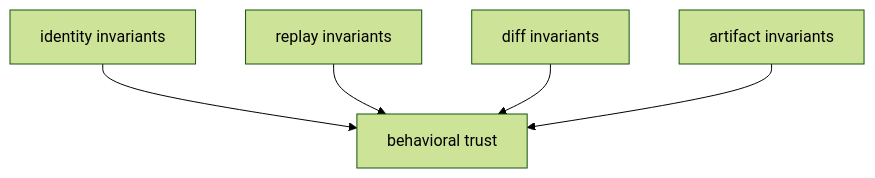
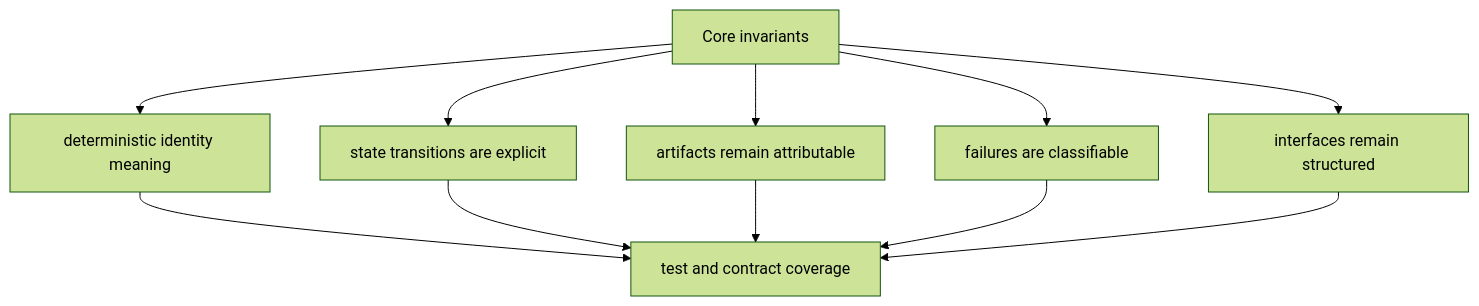
One commit to bijux/bijux-cli changed the diagram in docs/bijux-dag/quality/invariants.md. Above: the diagram before and after it, drawn with Mermaid (forest theme).

Commit message:
docs(bijux-dag): strengthen invariants visual with enforcement mapping

````diff
--- a/docs/bijux-dag/quality/invariants.md
+++ b/docs/bijux-dag/quality/invariants.md
@@ -16,7 +16,15 @@
 ```mermaid
-flowchart TB
-    identity[identity invariants] --> trust[behavioral trust]
-    replay[replay invariants] --> trust
-    diff[diff invariants] --> trust
-    artifacts[artifact invariants] --> trust
+flowchart TD
+    invariants[Core invariants]
+    invariants --> identity[deterministic identity meaning]
+    invariants --> transitions[state transitions are explicit]
+    invariants --> lineage[artifacts remain attributable]
+    invariants --> classification[failures are classifiable]
+    invariants --> interfaces[interfaces remain structured]
+
+    identity --> tests[test and contract coverage]
+    transitions --> tests
+    lineage --> tests
+    classification --> tests
+    interfaces --> tests
 ```
````
